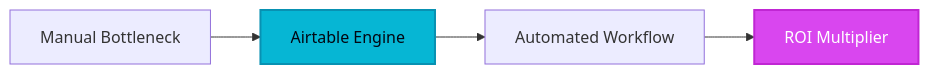
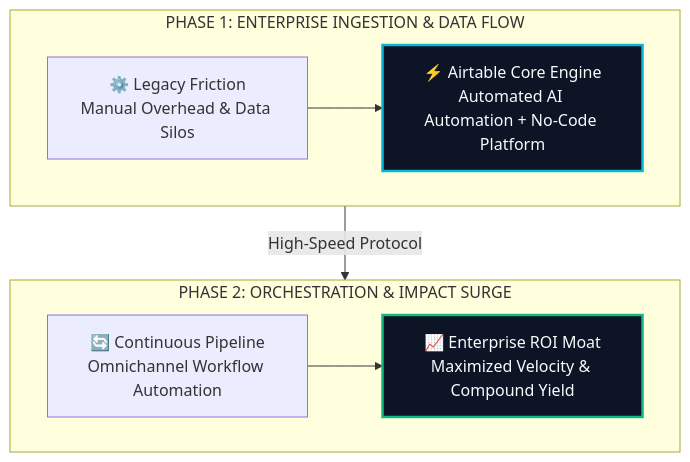
One commit to heliatech-media/saas-radar changed the diagram in site/src/content/blog/airtable.md. Above: the diagram before and after it, drawn with Mermaid. The commit also changed 97 other files, not shown here.

First line of the commit message:
feat(diagrams): upgrade all article architecture schemas to high-impact 2-tier responsive vector blueprints

````diff
--- a/site/src/content/blog/airtable.md
+++ b/site/src/content/blog/airtable.md
@@ -63,8 +63,14 @@
 ```mermaid
-flowchart LR
-    A[Manual Bottleneck] --> B[Airtable Engine]
-    B --> C[Automated Workflow]
-    C --> D[ROI Multiplier]
-    style B fill:#06b6d4,stroke:#0891b2,stroke-width:2px,color:#030712
-    style D fill:#d946ef,stroke:#c026d3,stroke-width:2px,color:#ffffff
+flowchart TD
+    subgraph S1["PHASE 1: ENTERPRISE INGESTION & DATA FLOW"]
+        direction LR
+        A["⚙️ Legacy Friction<br/>Manual Overhead & Data Silos"] --> B["⚡ Airtable Core Engine<br/>Automated AI Automation + No-Code Platform"]
+    end
+    subgraph S2["PHASE 2: ORCHESTRATION & IMPACT SURGE"]
+        direction LR
+        C["🔄 Continuous Pipeline<br/>Omnichannel Workflow Automation"] --> D["📈 Enterprise ROI Moat<br/>Maximized Velocity & Compound Yield"]
+    end
+    S1 -->|High-Speed Protocol| S2
+    style B fill:#0c1425,stroke:#06b6d4,stroke-width:2.5px,color:#f8fafc
+    style D fill:#0c1425,stroke:#10b981,stroke-width:2.5px,color:#f8fafc
 ```
````
